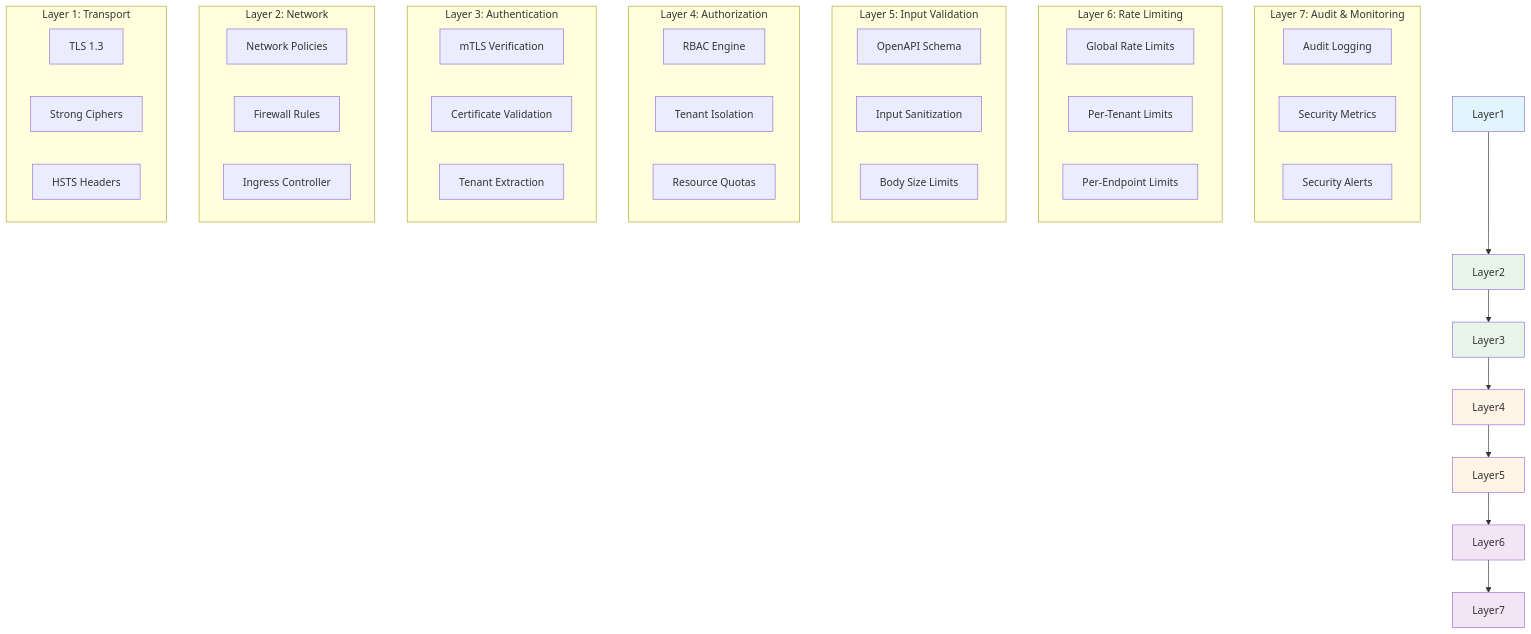
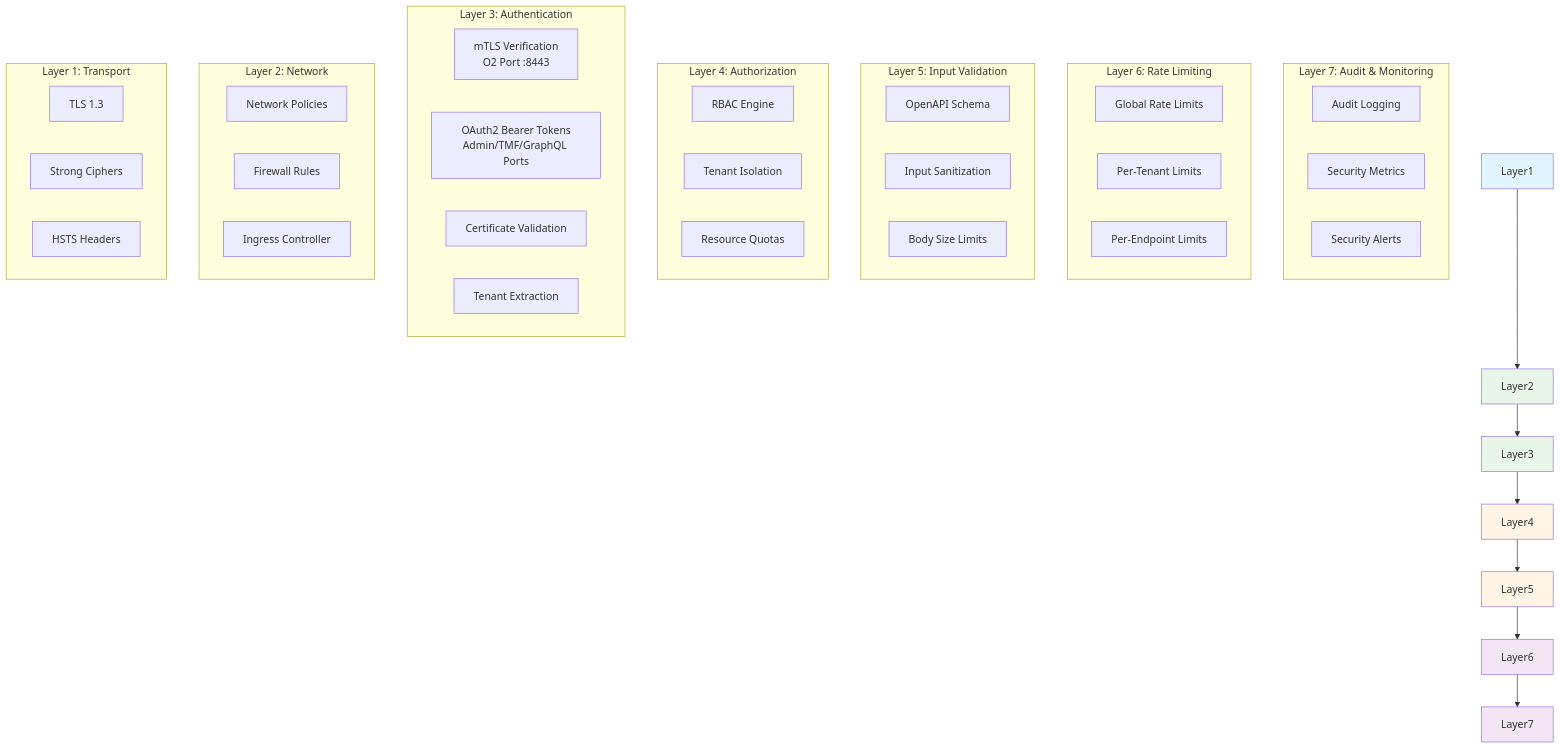
The second of 7 diagrams in docs/security/architecture.md (piwi3910/netweave), drawn with Mermaid before and after one commit. The commit also changed other lines of this file and 7 other files, not shown here.

First line of the commit message:
[Docs] Update documentation for multi-port gateway architecture

````diff
--- a/docs/security/architecture.md
+++ b/docs/security/architecture.md
@@ -99,54 +115,55 @@
 ```mermaid
 graph TB
     subgraph "Layer 7: Audit & Monitoring"
         Audit[Audit Logging]
         Metrics[Security Metrics]
         Alerts[Security Alerts]
     end
 
     subgraph "Layer 6: Rate Limiting"
         RateGlobal[Global Rate Limits]
         RateTenant[Per-Tenant Limits]
         RateEndpoint[Per-Endpoint Limits]
     end
 
     subgraph "Layer 5: Input Validation"
         Schema[OpenAPI Schema]
         Sanitize[Input Sanitization]
         SizeLimit[Body Size Limits]
     end
 
     subgraph "Layer 4: Authorization"
         RBAC[RBAC Engine]
         Tenant[Tenant Isolation]
         Quota[Resource Quotas]
     end
 
     subgraph "Layer 3: Authentication"
-        mTLS[mTLS Verification]
+        mTLS[mTLS Verification<br/>O2 Port :8443]
+        OAuth2[OAuth2 Bearer Tokens<br/>Admin/TMF/GraphQL Ports]
         CertVal[Certificate Validation]
         TenantID[Tenant Extraction]
     end
 
     subgraph "Layer 2: Network"
         NetPol[Network Policies]
         Firewall[Firewall Rules]
         Ingress[Ingress Controller]
     end
 
     subgraph "Layer 1: Transport"
         TLS[TLS 1.3]
         Cipher[Strong Ciphers]
         HSTS[HSTS Headers]
     end
 
     Layer1 --> Layer2 --> Layer3 --> Layer4 --> Layer5 --> Layer6 --> Layer7
 
     style Layer1 fill:#e1f5ff
     style Layer2 fill:#e8f5e9
     style Layer3 fill:#e8f5e9
     style Layer4 fill:#fff4e6
     style Layer5 fill:#fff4e6
     style Layer6 fill:#f3e5f5
     style Layer7 fill:#f3e5f5
 ```
````
